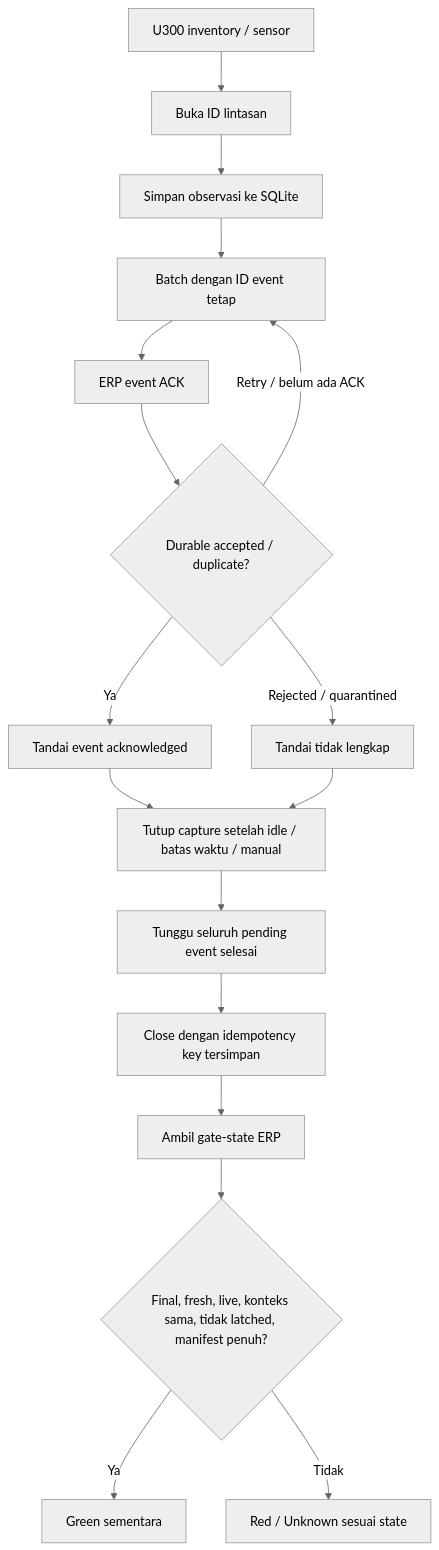
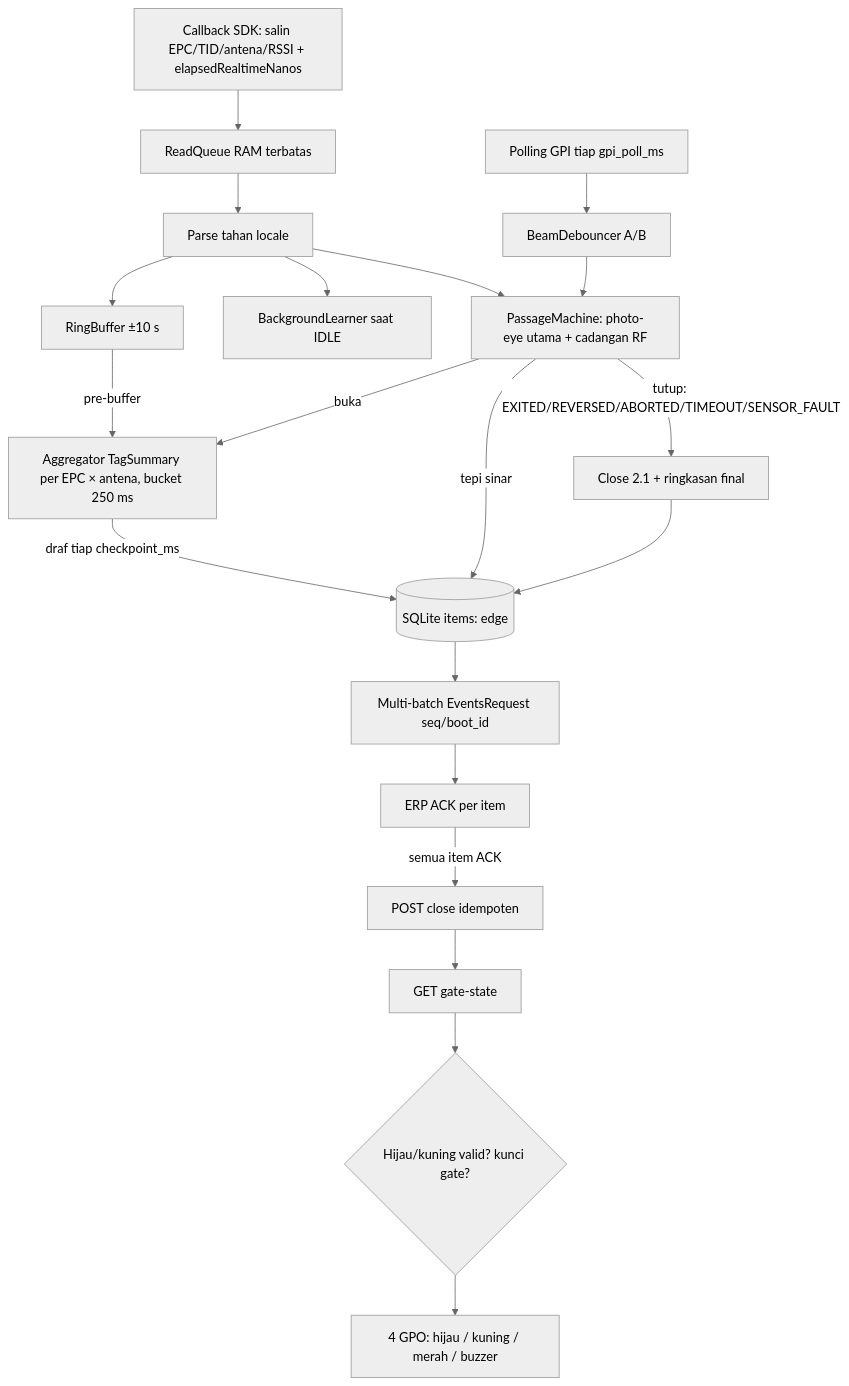
One commit to pandeyoga/KNHOST changed the diagram in middleware/u300-agent/docs/02_ARSITEKTUR_DAN_KONTRAK.md. Above: the diagram before and after it, drawn with Mermaid (neutral theme). The commit also changed other lines of this file and 63 other files, not shown here.

````diff
--- a/middleware/u300-agent/docs/02_ARSITEKTUR_DAN_KONTRAK.md
+++ b/middleware/u300-agent/docs/02_ARSITEKTUR_DAN_KONTRAK.md
@@ -7,19 +7,22 @@
 ```mermaid
 flowchart TD
-  A[U300 inventory / sensor] --> B[Buka ID lintasan]
-  B --> C[Simpan observasi ke SQLite]
-  C --> D[Batch dengan ID event tetap]
-  D --> E[ERP event ACK]
-  E --> F{Durable accepted / duplicate?}
-  F -->|Ya| G[Tandai event acknowledged]
-  F -->|Retry / belum ada ACK| D
-  F -->|Rejected / quarantined| H[Tandai tidak lengkap]
-  G --> I[Tutup capture setelah idle / batas waktu / manual]
-  H --> I
-  I --> J[Tunggu seluruh pending event selesai]
-  J --> K[Close dengan idempotency key tersimpan]
-  K --> L[Ambil gate-state ERP]
-  L --> M{Final, fresh, live, konteks sama, tidak latched, manifest penuh?}
-  M -->|Ya| N[Green sementara]
-  M -->|Tidak| O[Red / Unknown sesuai state]
+  CB[Callback SDK: salin EPC/TID/antena/RSSI + elapsedRealtimeNanos] --> Q[ReadQueue RAM terbatas]
+  G[Polling GPI tiap gpi_poll_ms] --> D[BeamDebouncer A/B]
+  Q --> P[Parse tahan locale]
+  P --> R[RingBuffer ±10 s]
+  P --> L[BackgroundLearner saat IDLE]
+  D --> M[PassageMachine: photo-eye utama + cadangan RF]
+  P --> M
+  M -->|buka| A[Aggregator TagSummary per EPC × antena, bucket 250 ms]
+  R -->|pre-buffer| A
+  M -->|tepi sinar| S[(SQLite items: edge)]
+  A -->|draf tiap checkpoint_ms| S
+  M -->|tutup: EXITED/REVERSED/ABORTED/TIMEOUT/SENSOR_FAULT| C[Close 2.1 + ringkasan final]
+  C --> S
+  S --> B[Multi-batch EventsRequest seq/boot_id]
+  B --> E[ERP ACK per item]
+  E -->|semua item ACK| K[POST close idempoten]
+  K --> GS[GET gate-state]
+  GS --> I{Hijau/kuning valid? kunci gate?}
+  I --> O[4 GPO: hijau / kuning / merah / buzzer]
 ```
````
